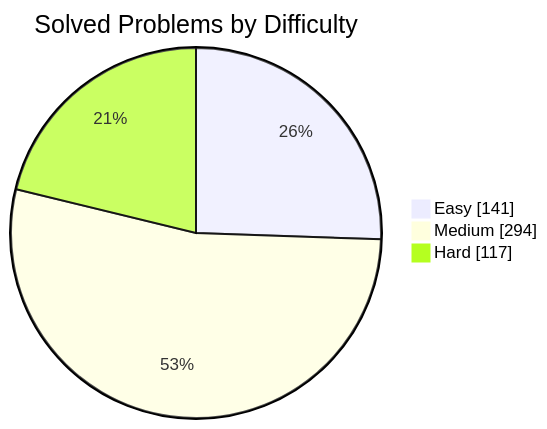
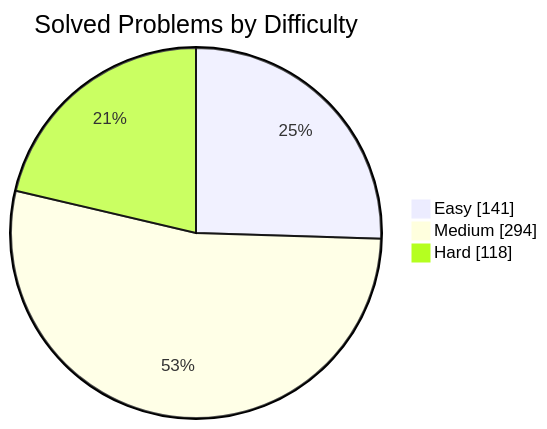
One commit to manikantbindass/DSA-Preparation-FAANG changed the first of 2 diagrams in README.md. Above: the diagram before and after it, drawn with Mermaid. The commit also changed other lines of this file and 1 other file, not shown here.

````diff
--- a/README.md
+++ b/README.md
@@ -79,7 +79,7 @@
 ```mermaid
 pie showData
     title Solved Problems by Difficulty
     "Easy" : 141
     "Medium" : 294
-    "Hard" : 117
+    "Hard" : 118
 ```
````
